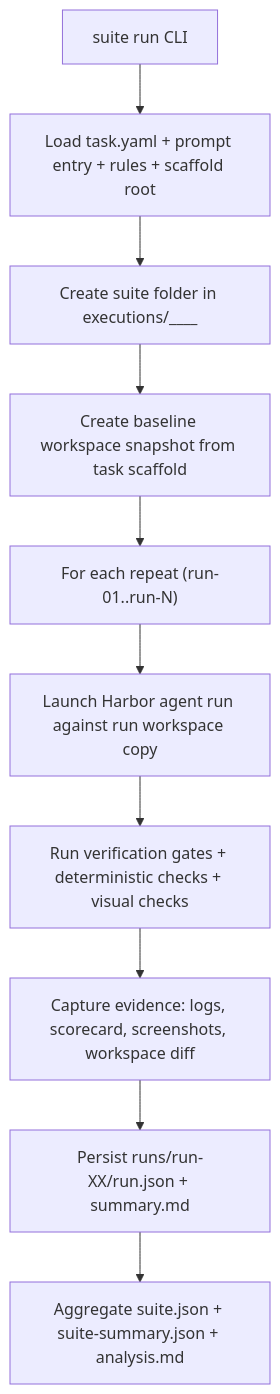
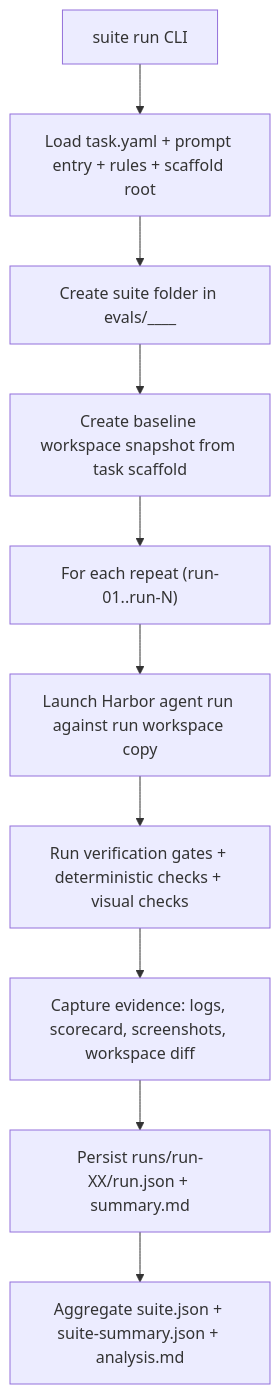
One commit to adam-jackson-cf/raidar changed the first of 2 diagrams in README.md. Above: the diagram before and after it, drawn with Mermaid. The commit also changed other lines of this file and 71 other files, not shown here.

````diff
--- a/README.md
+++ b/README.md
@@ -82,12 +82,12 @@
 ```mermaid
 flowchart TD
     A["suite run CLI"] --> B["Load task.yaml + prompt entry + rules + scaffold root"]
-    B --> C["Create suite folder in executions/<timestamp>__<task>__<version>"]
+    B --> C["Create suite folder in evals/<timestamp>__<task>__<version>"]
     C --> D["Create baseline workspace snapshot from task scaffold"]
     D --> E["For each repeat (run-01..run-N)"]
     E --> F["Launch Harbor agent run against run workspace copy"]
     F --> G["Run verification gates + deterministic checks + visual checks"]
     G --> H["Capture evidence: logs, scorecard, screenshots, workspace diff"]
     H --> I["Persist runs/run-XX/run.json + summary.md"]
     I --> J["Aggregate suite.json + suite-summary.json + analysis.md"]
 ```
````
